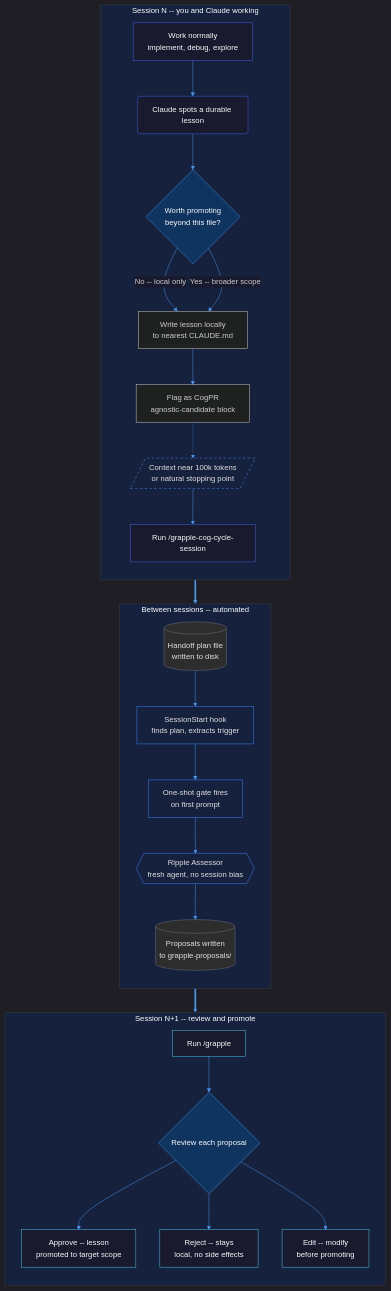
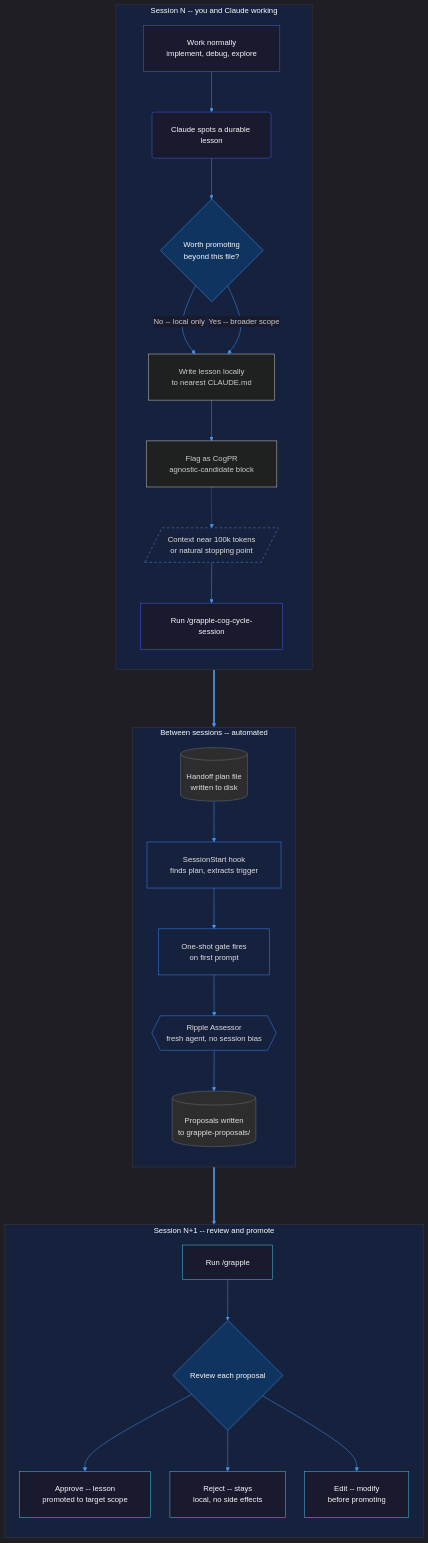
One commit to prompted365/context-grapple-gun changed the diagram in DEV-README.md. Above: the diagram before and after it, drawn with Mermaid. The commit also changed 1 other file, not shown here.

Commit message:
fix: add padding/spacing config and extend cross-subgraph links
flowchart config: padding 24, rankSpacing 60, nodeSpacing 40.
Cross-subgraph links extended by one rank to reduce label overlap.
README abstraction ladder switched back to TB for vertical hierarchy.

````diff
--- a/DEV-README.md
+++ b/DEV-README.md
@@ -31,67 +31,67 @@
 ```mermaid
-%%{init: {'theme': 'dark', 'themeVariables': {'primaryColor': '#4361ee', 'primaryTextColor': '#f8f9fa', 'primaryBorderColor': '#6c757d', 'lineColor': '#4895ef', 'secondaryColor': '#1a1a2e', 'tertiaryColor': '#16213e', 'edgeLabelBackground': '#1a1a2e', 'clusterBkg': '#16213e', 'clusterBorder': '#3d3d3d', 'noteTextColor': '#e0e0e0', 'noteBkgColor': '#2d2d2d'}}}%%
+%%{init: {'theme': 'dark', 'flowchart': {'padding': 24, 'rankSpacing': 60, 'nodeSpacing': 40}, 'themeVariables': {'primaryColor': '#4361ee', 'primaryTextColor': '#f8f9fa', 'primaryBorderColor': '#6c757d', 'lineColor': '#4895ef', 'secondaryColor': '#1a1a2e', 'tertiaryColor': '#16213e', 'edgeLabelBackground': '#1a1a2e', 'clusterBkg': '#16213e', 'clusterBorder': '#3d3d3d', 'noteTextColor': '#e0e0e0', 'noteBkgColor': '#2d2d2d'}}}%%
 flowchart TB
     subgraph S1["Session N -- you and Claude working"]
         direction TB
         A["Work normally<br/>implement, debug, explore"]
         B("Claude spots a durable lesson")
         C{"Worth promoting<br/>beyond this file?"}
         D["Write lesson locally<br/>to nearest CLAUDE.md"]
         E["Flag as CogPR<br/>agnostic-candidate block"]
         F[/"Context near 100k tokens<br/>or natural stopping point"/]
         G["Run /grapple-cog-cycle-session"]
 
         A --> B
         B --> C
         C -- "No -- local only" --> D
         C -- "Yes -- broader scope" --> D
         D --> E
         E -.-> F
         F --> G
     end
 
     subgraph BT["Between sessions -- automated"]
         direction TB
         H[("Handoff plan file<br/>written to disk")]
         I["SessionStart hook<br/>finds plan, extracts trigger"]
         J["One-shot gate fires<br/>on first prompt"]
         K{{"Ripple Assessor<br/>fresh agent, no session bias"}}
         L[("Proposals written<br/>to grapple-proposals/")]
 
         H --> I
         I --> J
         J --> K
         K --> L
     end
 
     subgraph S2["Session N+1 -- review and promote"]
         direction TB
         M["Run /grapple"]
         N{"Review each proposal"}
         O["Approve -- lesson<br/>promoted to target scope"]
         P["Reject -- stays<br/>local, no side effects"]
         Q["Edit -- modify<br/>before promoting"]
 
         M --> N
         N --> O
         N --> P
         N --> Q
     end
 
-    G ==> H
-    L ==> M
+    G ===> H
+    L ===> M
 
     classDef work fill:#1a1a2e,stroke:#4361ee,color:#f8f9fa
     classDef decision fill:#0f3460,stroke:#4895ef,color:#f8f9fa
     classDef auto fill:#16213e,stroke:#3a86ff,color:#e0e0e0
     classDef store fill:#2d2d2d,stroke:#6c757d,color:#e0e0e0
     classDef review fill:#1a1a2e,stroke:#4cc9f0,color:#f8f9fa
     classDef trigger fill:#16213e,stroke:#4895ef,color:#e0e0e0,stroke-dasharray: 5 5
 
     class A,B,G work
     class C,N decision
     class I,J,K auto
     class H,L store
     class M,O,P,Q review
     class F trigger
 ```
````
